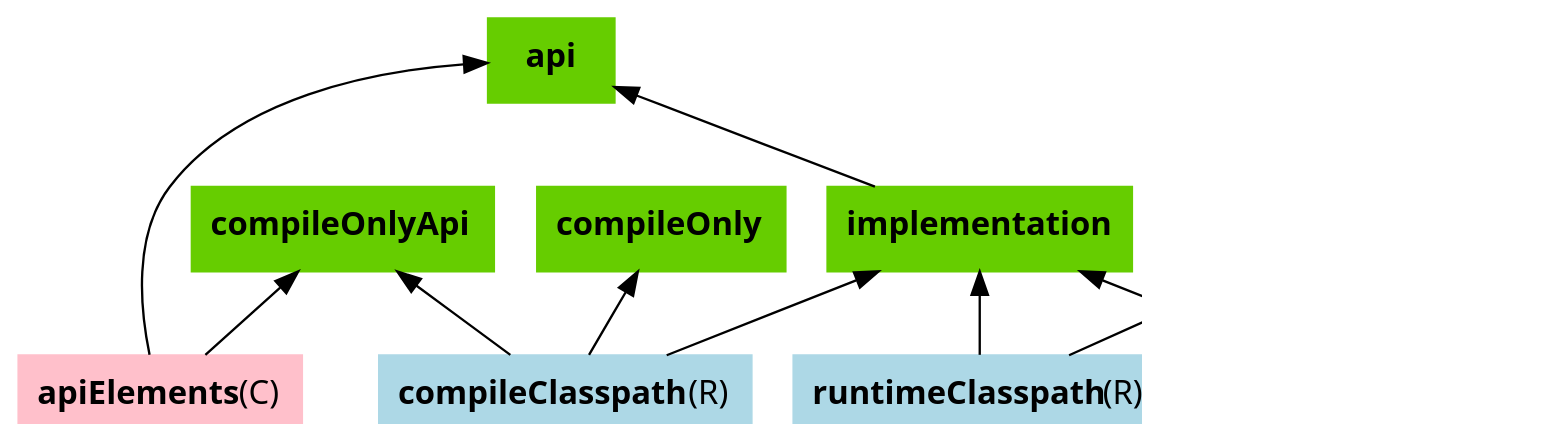
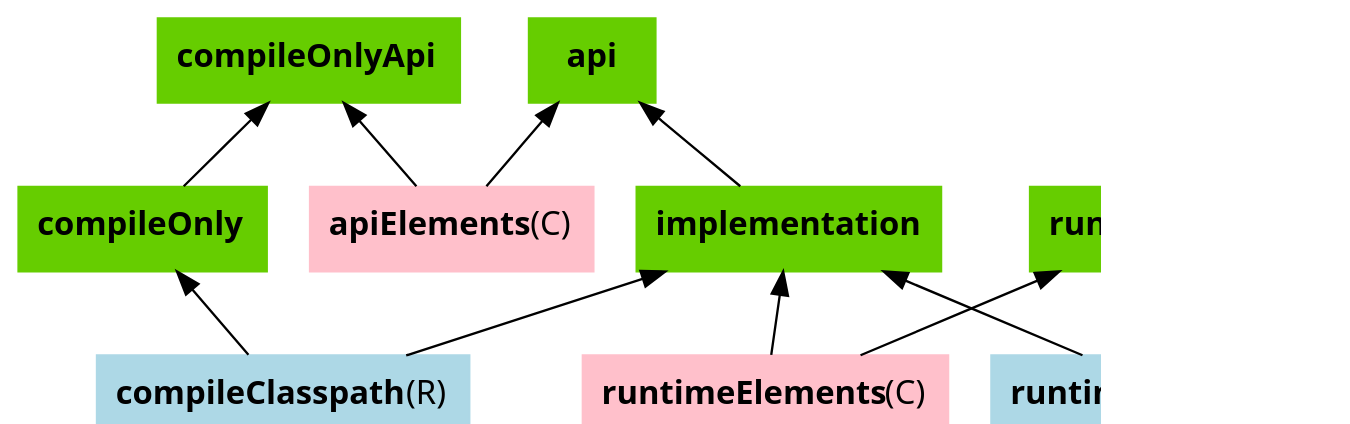
One commit to gradle/gradle changed the diagram in subprojects/docs/src/docs/userguide/img/java-library-ignore-deprecated-main.dot. Above: the diagram before and after it, drawn with Graphviz. The commit also changed 7 other files, not shown here.

First line of the commit message:
Make 'compileOnly' extend 'compileOnlyApi'

```diff
--- a/subprojects/docs/src/docs/userguide/img/java-library-ignore-deprecated-main.dot
+++ b/subprojects/docs/src/docs/userguide/img/java-library-ignore-deprecated-main.dot
@@ -1,30 +1,30 @@
 digraph configurations {
     rankdir = BT;
    graph [ dpi = 100, fontname="Sans"];
    node [fontname = "Sans"];
    edge [fontname = "Sans"];
 
    "apiElements" [shape="box", label=<<B>apiElements</B>(C)>, color="pink", bgcolor="pink", style="filled"]
    "apiElements" -> "api"
    "apiElements" -> "compileOnlyApi"
 
    "api" [shape="box", label=<<B>api</B>>, color="chartreuse3", bgcolor="chartreuse3", style="filled"]
    "compileOnlyApi" [shape="box", label=<<B>compileOnlyApi</B>>, color="chartreuse3", bgcolor="chartreuse3", style="filled"]
 
    "compileClasspath" [shape="box", label=<<B>compileClasspath</B>(R)>, color="lightblue", bgcolor="lightblue", style="filled"]
    "compileClasspath" -> "compileOnly"
-   "compileClasspath" -> "compileOnlyApi"
    "compileOnly" [shape="box", label=<<B>compileOnly</B>>, color="chartreuse3", bgcolor="chartreuse3", style="filled"]
+   "compileOnly" -> "compileOnlyApi"
    "compileClasspath" -> "implementation"
    "implementation" [shape="box", label=<<B>implementation</B>>, color="chartreuse3", bgcolor="chartreuse3", style="filled"]
    "implementation" -> "api"
 
    "runtimeClasspath" [shape="box", label=<<B>runtimeClasspath</B>(R)>, color="lightblue", bgcolor="lightblue", style="filled"]
    "runtimeClasspath" -> "runtimeOnly"
    "runtimeOnly" [shape="box", label=<<B>runtimeOnly</B>>, color="chartreuse3", bgcolor="chartreuse3", style="filled"]
    "runtimeClasspath" -> "implementation"
    "runtimeElements" [shape="box", label=<<B>runtimeElements</B>(C)>, color="pink", bgcolor="pink", style="filled"]
    "runtimeElements" -> "implementation"
    "runtimeElements" -> "runtimeOnly"
 
 }
```
